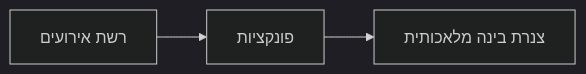
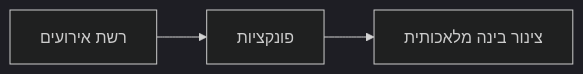
One commit to microsoft/AZD-for-beginners changed the second of 2 diagrams in translations/he/docs/chapter-08-production/README.md. Above: the diagram before and after it, drawn with Mermaid (dark theme). The commit also changed other lines of this file and 61 other files, not shown here.

````diff
--- a/translations/he/docs/chapter-08-production/README.md
+++ b/translations/he/docs/chapter-08-production/README.md
@@ -57,4 +57,4 @@
 ```mermaid
 graph LR
-    EventGrid[רשת אירועים] --> Functions[פונקציות] --> Pipeline[צנרת בינה מלאכותית]
+    EventGrid[רשת אירועים] --> Functions[פונקציות] --> Pipeline[צינור בינה מלאכותית]
 ```
````
